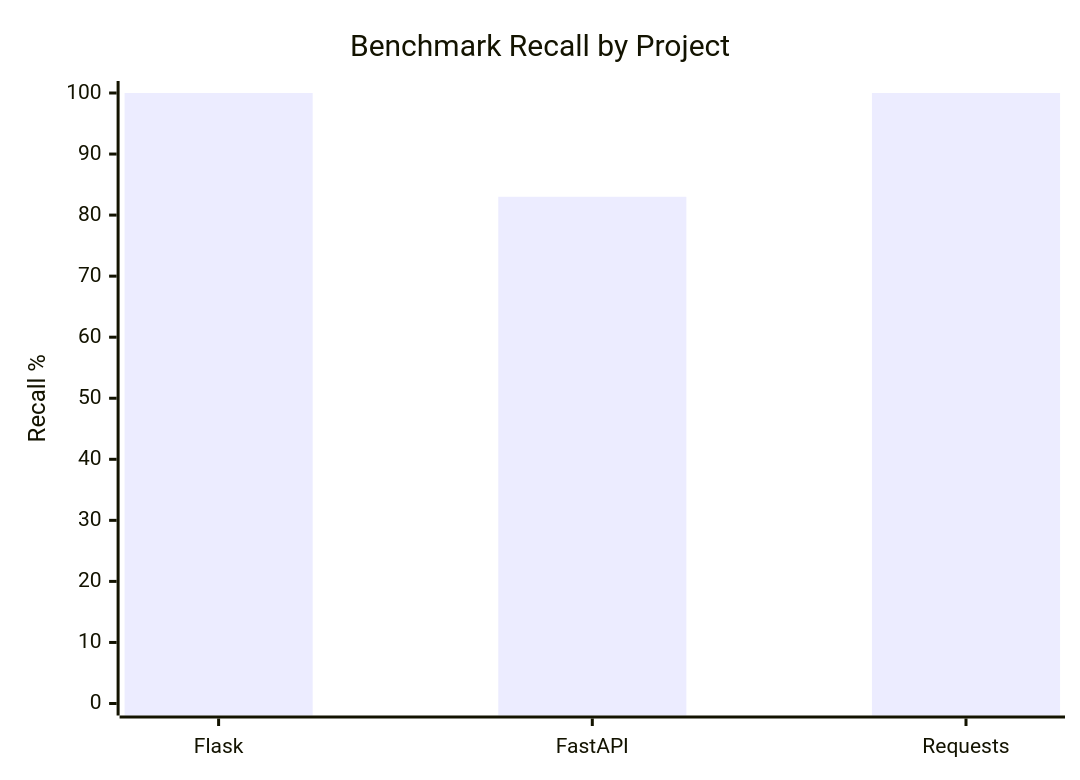
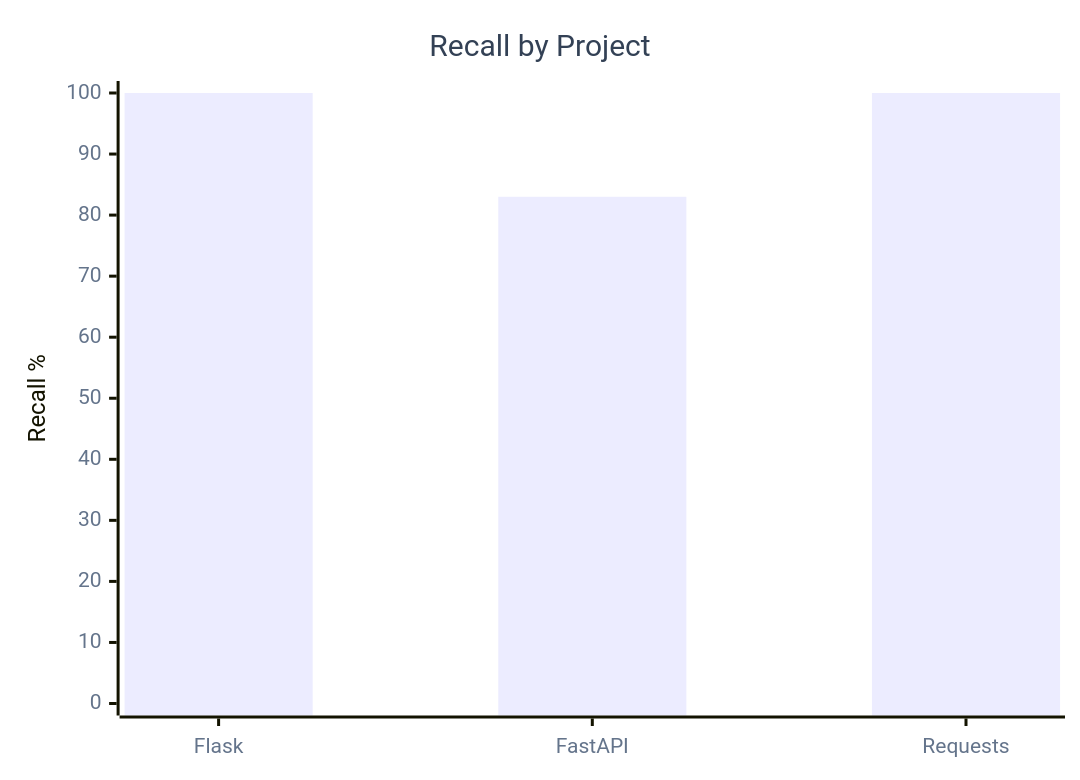
Before and after one commit to StormstoutLau/audit-driven-development: the second of 5 diagrams in README.md, drawn with Mermaid. The commit also changed other lines of this file, not shown here.

````diff
--- a/README.md
+++ b/README.md
@@ -65,7 +120,17 @@
 ```mermaid
+---
+config:
+  theme: base
+  themeVariables:
+    xyChart:
+      backgroundColor: "#ffffff"
+      titleColor: "#334155"
+      xAxisLabelColor: "#64748b"
+      yAxisLabelColor: "#64748b"
+---
 xychart-beta
-    title "Benchmark Recall by Project"
+    title "Recall by Project"
     x-axis ["Flask", "FastAPI", "Requests"]
     y-axis "Recall %" 0 --> 100
     bar [100, 83, 100]
 ```
````
